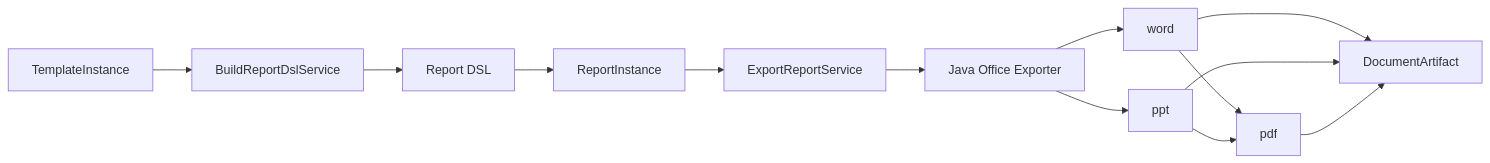
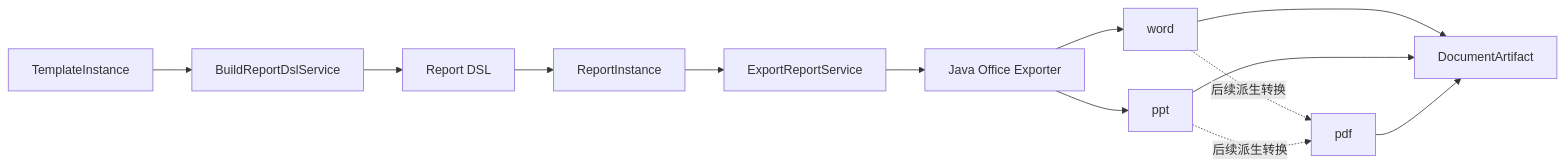
Before and after one commit to shel447/ReportSystem: the diagram in docs/implementation/document-export/DocumentConfiguration技术参考.md, drawn with Mermaid. The commit also changed other lines of this file and 58 other files, not shown here.

````diff
--- a/docs/implementation/document-export/DocumentConfiguration技术参考.md
+++ b/docs/implementation/document-export/DocumentConfiguration技术参考.md
@@ -5,15 +5,15 @@
 ```mermaid
 flowchart LR
     TI[TemplateInstance] --> APP[BuildReportDslService]
     APP --> DSL[Report DSL]
     DSL --> RI[ReportInstance]
     RI --> EX[ExportReportService]
     EX --> JAVA[Java Office Exporter]
     JAVA --> WORD[word]
     JAVA --> PPT[ppt]
-    WORD --> PDF[pdf]
-    PPT --> PDF
+    WORD -. 后续派生转换 .-> PDF[pdf]
+    PPT -. 后续派生转换 .-> PDF
     WORD --> DOC[DocumentArtifact]
     PPT --> DOC
     PDF --> DOC
 ```
````
